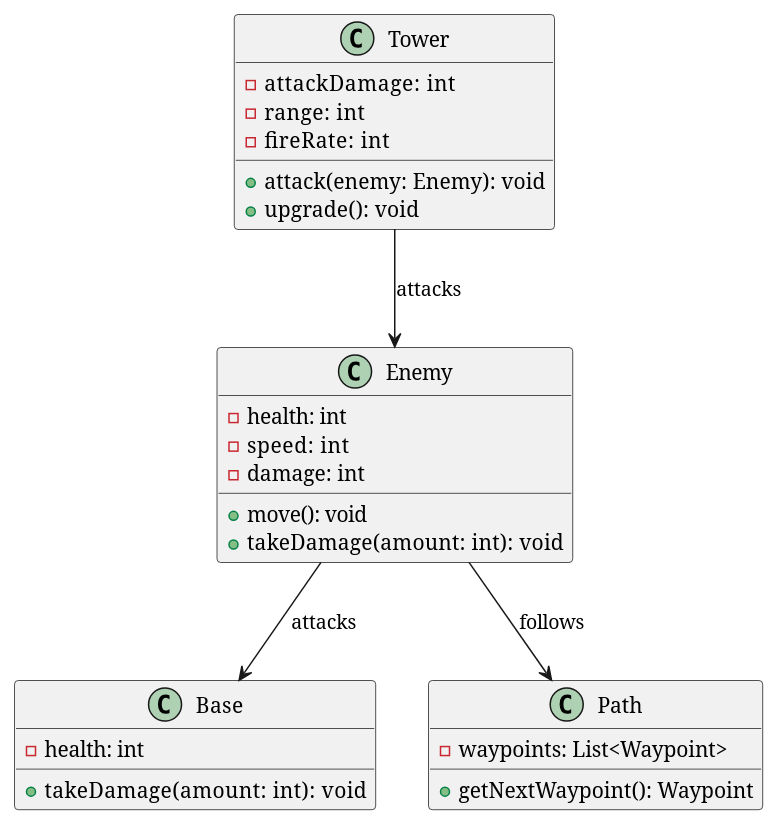
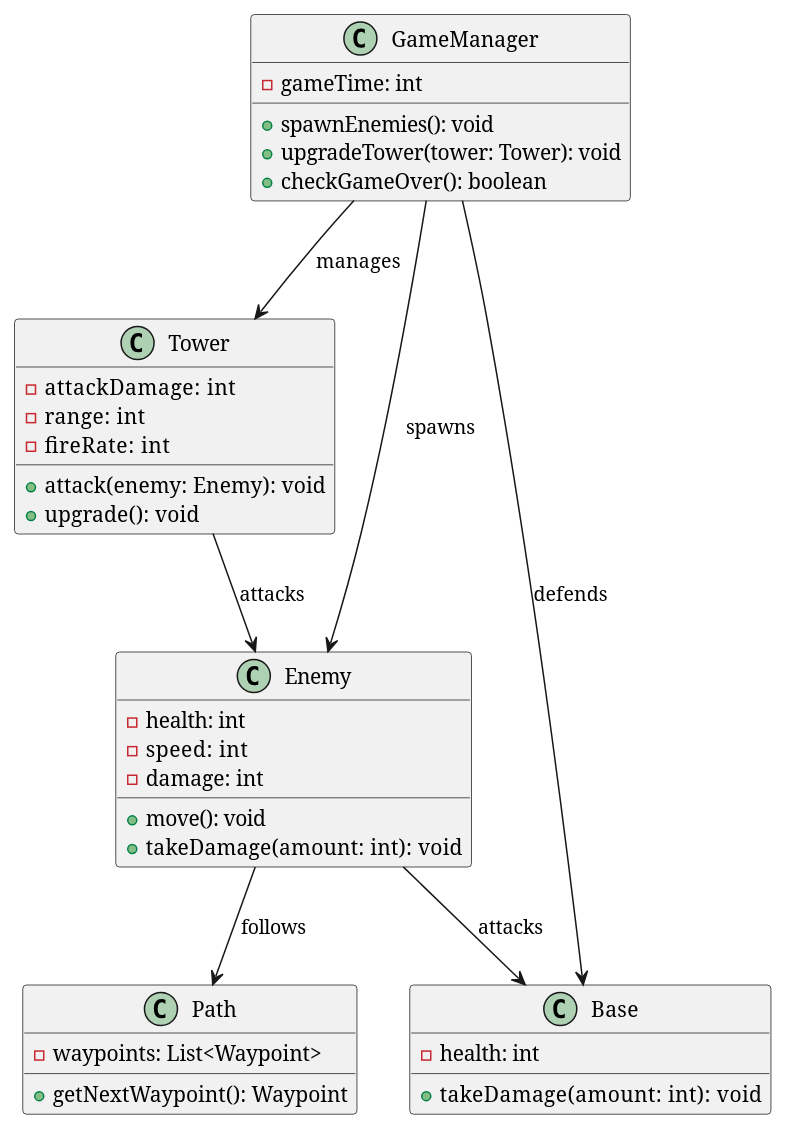
The diagram in Design/TowerDefenseGame.puml (krl299/DesignDiagrams), drawn with PlantUML before and after one commit. The commit also changed 1 other file, not shown here.

Commit message:
doc: added game manager class

```diff
--- a/Design/TowerDefenseGame.puml
+++ b/Design/TowerDefenseGame.puml
@@ -1,43 +1,55 @@
 @startuml
 'https://plantuml.com/class-diagram
 
 ' Define the Tower class
 class Tower
 {
 -   attackDamage:   int
 -   range:  int
 -   fireRate:   int
 +   attack(enemy: Enemy):   void
 +   upgrade():  void
 }
 
 ' Define the Enemy class
 class Enemy
 {
 -   health: int
 -   speed:  int
 -   damage: int
 +   move(): void
 +   takeDamage(amount: int):   void
 }
 
 ' Define the Base class
 class Base
 {
 -   health: int
 +   takeDamage(amount: int):    void
 }
 
 ' Define the Path class
 class Path
 {
 -   waypoints:  List<Waypoint>
 +   getNextWaypoint():  Waypoint
 }
 
+' Define the GameManager class
+class GameManager {
+  - gameTime: int
+  + spawnEnemies(): void
+  + upgradeTower(tower: Tower): void
+  + checkGameOver(): boolean
+}
+
 ' Define relationships between classes
 Tower --> Enemy :   attacks
 Enemy--> Base   :   attacks
 Enemy --> Path  :   follows
+GameManager --> Tower : manages
+GameManager --> Enemy : spawns
+GameManager --> Base : defends
+
 
 @enduml
```
